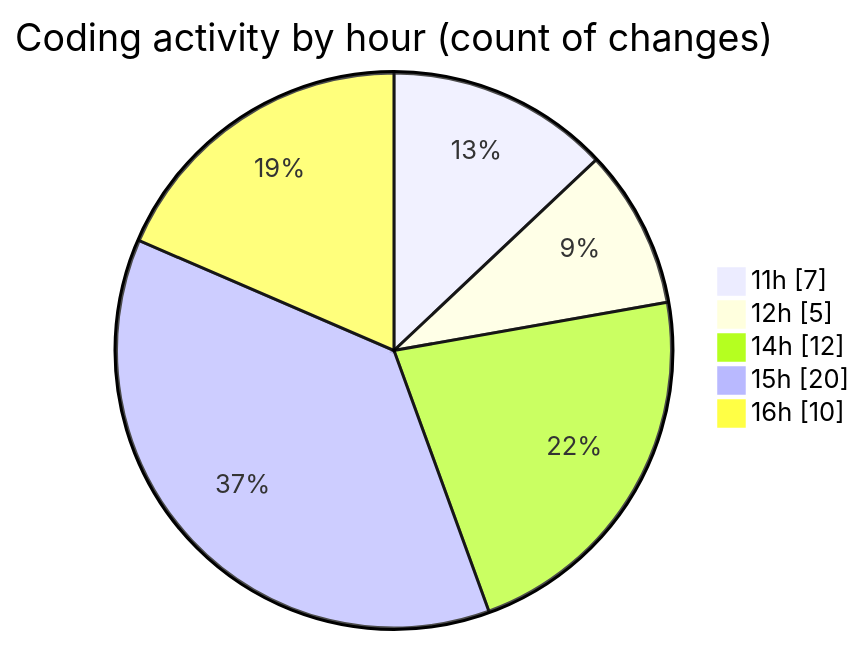
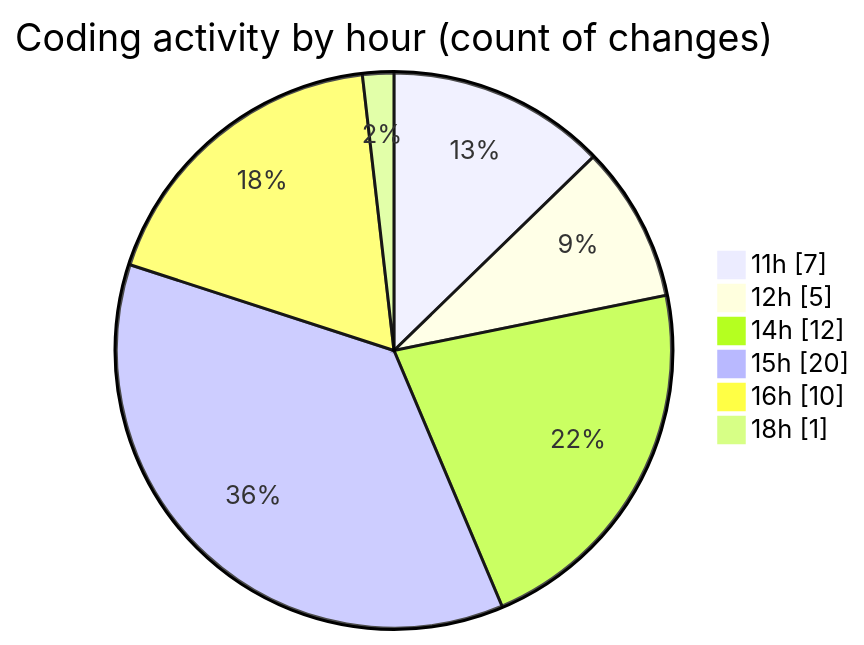
One commit to debugP/code-tracking changed the second of 2 diagrams in 2025-10-22/untitled__workspace_/README.md. Above: the diagram before and after it, drawn with Mermaid. The commit also changed other lines of this file and 1 other file, not shown here.

````diff
--- a/2025-10-22/untitled__workspace_/README.md
+++ b/2025-10-22/untitled__workspace_/README.md
@@ -31,9 +31,10 @@
 ```mermaid
 pie showData
 title Coding activity by hour (count of changes)
 "11h" : 7
 "12h" : 5
 "14h" : 12
 "15h" : 20
 "16h" : 10
+"18h" : 1
 ```
````
